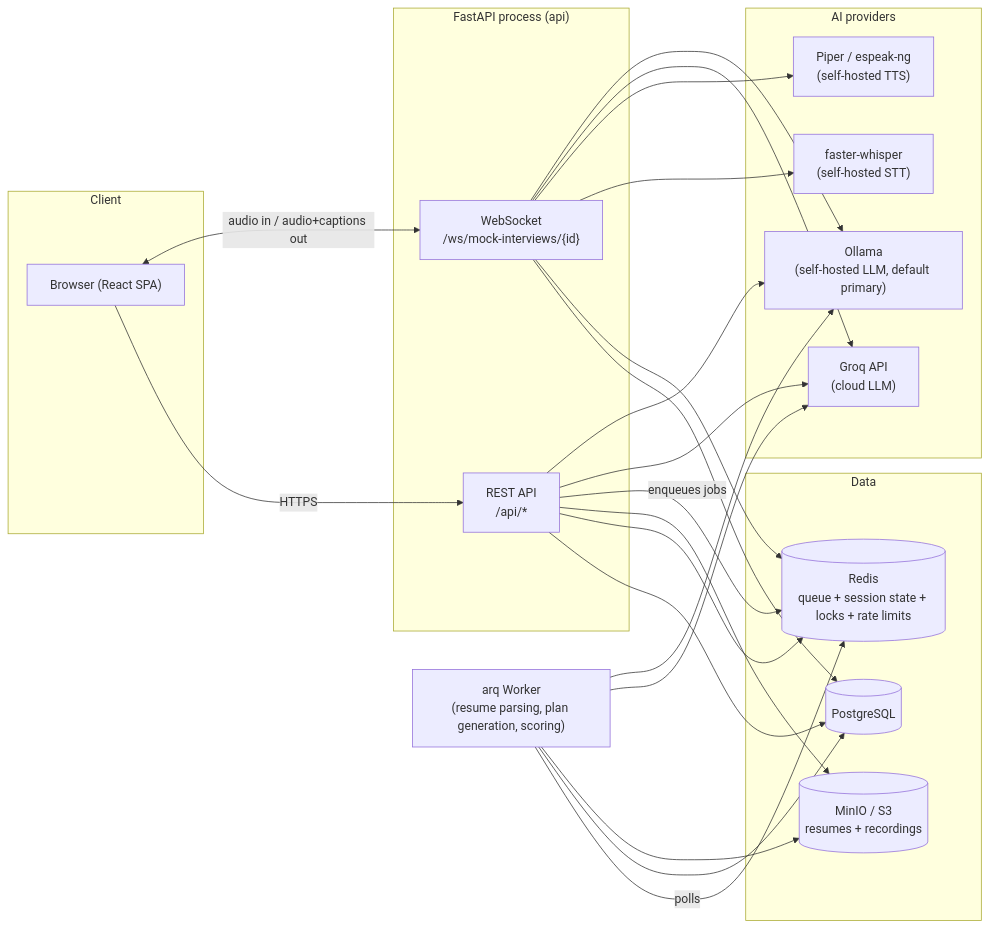
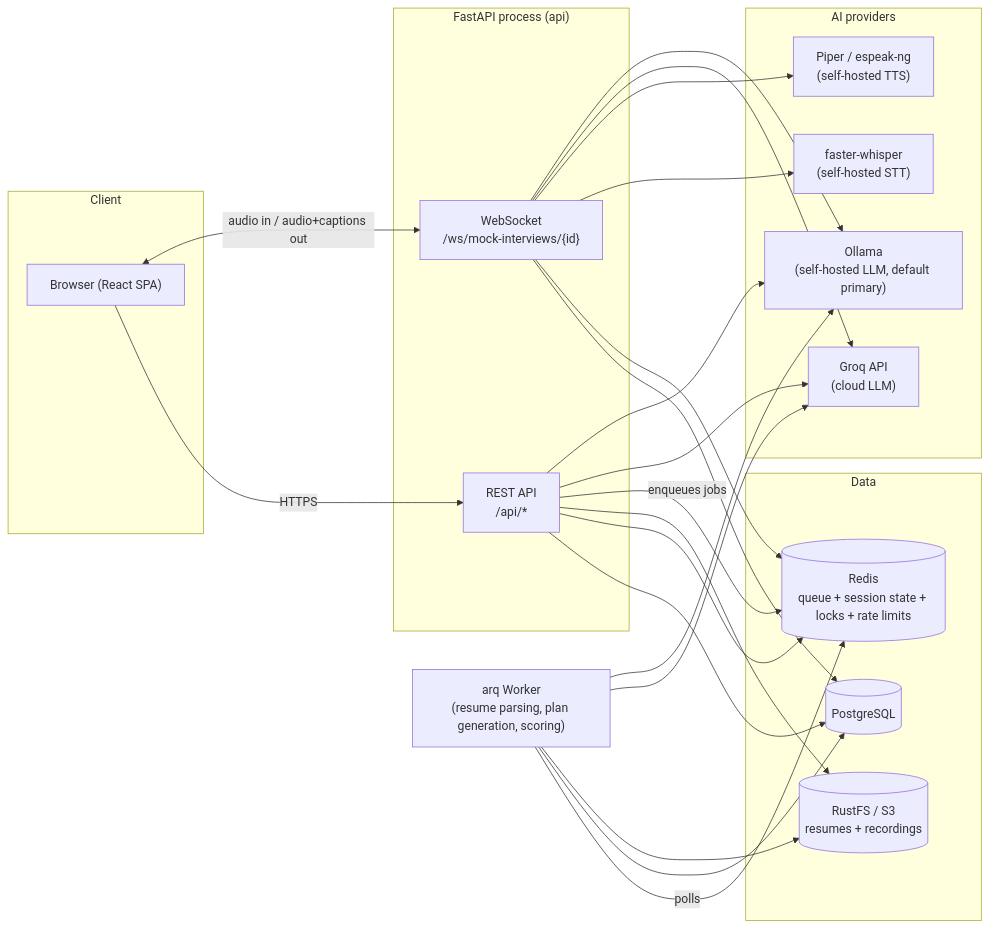
Before and after one commit to usmanwaheeddev/ai-interview-practice: the first of 5 diagrams in architecture.md, drawn with Mermaid. The commit also changed other lines of this file and 19 other files, not shown here.

````diff
--- a/architecture.md
+++ b/architecture.md
@@ -26,46 +26,46 @@
 ```mermaid
 flowchart LR
     subgraph Client
         Browser["Browser (React SPA)"]
     end
 
     subgraph App["FastAPI process (api)"]
         REST["REST API\n/api/*"]
         WS["WebSocket\n/ws/mock-interviews/{id}"]
     end
 
     Worker["arq Worker\n(resume parsing, plan generation, scoring)"]
 
     subgraph Data
         PG[(PostgreSQL)]
         Redis[(Redis\nqueue + session state + locks + rate limits)]
-        S3[(MinIO / S3\nresumes + recordings)]
+        S3[(RustFS / S3\nresumes + recordings)]
     end
 
     subgraph AI providers
         Groq["Groq API\n(cloud LLM)"]
         Ollama["Ollama\n(self-hosted LLM, default primary)"]
         Whisper["faster-whisper\n(self-hosted STT)"]
         Piper["Piper / espeak-ng\n(self-hosted TTS)"]
     end
 
     Browser -- HTTPS --> REST
     Browser <-- "audio in / audio+captions out" --> WS
     REST --> PG
     REST --> Redis
     REST --> S3
     WS --> PG
     WS --> Redis
     WS --> Whisper
     WS --> Piper
     REST -- enqueues jobs --> Redis
     Worker -- polls --> Redis
     Worker --> PG
     Worker --> S3
     REST --> Groq
     REST --> Ollama
     WS --> Groq
     WS --> Ollama
     Worker --> Groq
     Worker --> Ollama
 ```
````
